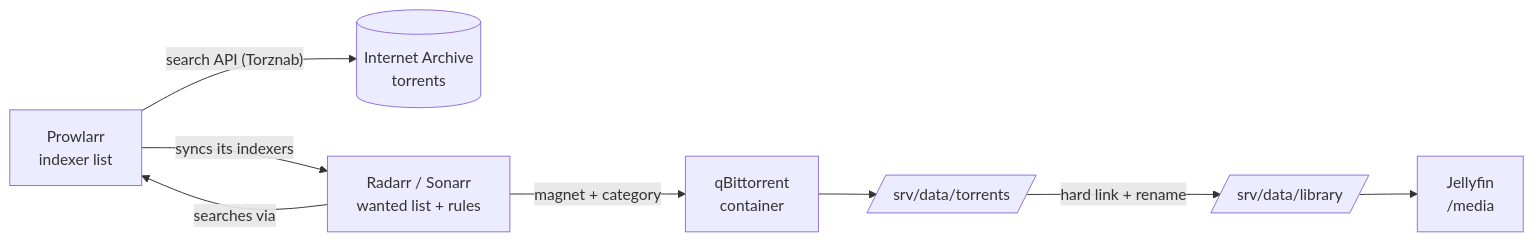
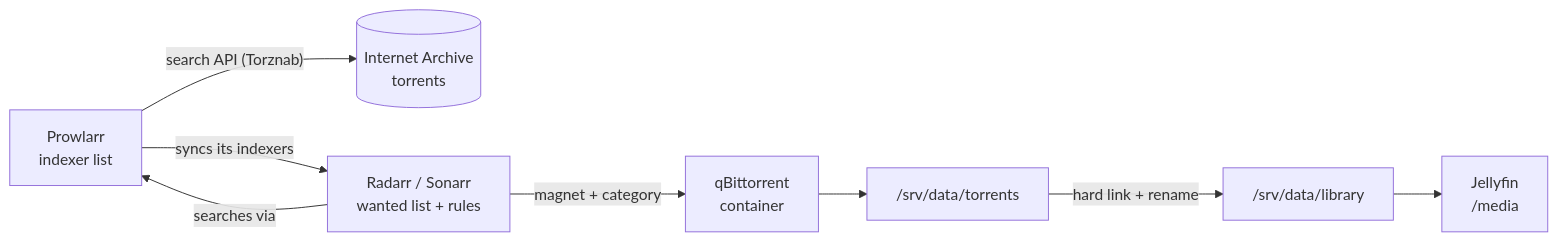
The second of 2 diagrams in docs/media-server.md (upendrasinghgusain/pi-flix), drawn with Mermaid before and after one commit. The commit also changed other lines of this file and 20 other files, not shown here.

First line of the commit message:
Retire the laptop pipeline; add a one-page journey diagram

````diff
--- a/docs/media-server.md
+++ b/docs/media-server.md
@@ -280,15 +205,15 @@
 ```mermaid
 flowchart LR
     IA[(Internet Archive<br/>torrents)]
     PR[Prowlarr<br/>indexer list]
     RA[Radarr / Sonarr<br/>wanted list + rules]
     QB[qBittorrent<br/>container]
-    T[/srv/data/torrents/]
-    L[/srv/data/library/]
+    T["/srv/data/torrents"]
+    L["/srv/data/library"]
     JF[Jellyfin<br/>/media]
     PR -- "search API (Torznab)" --> IA
     PR -- "syncs its indexers" --> RA
     RA -- "searches via" --> PR
     RA -- "magnet + category" --> QB --> T
     T -- "hard link + rename" --> L --> JF
 ```
````
